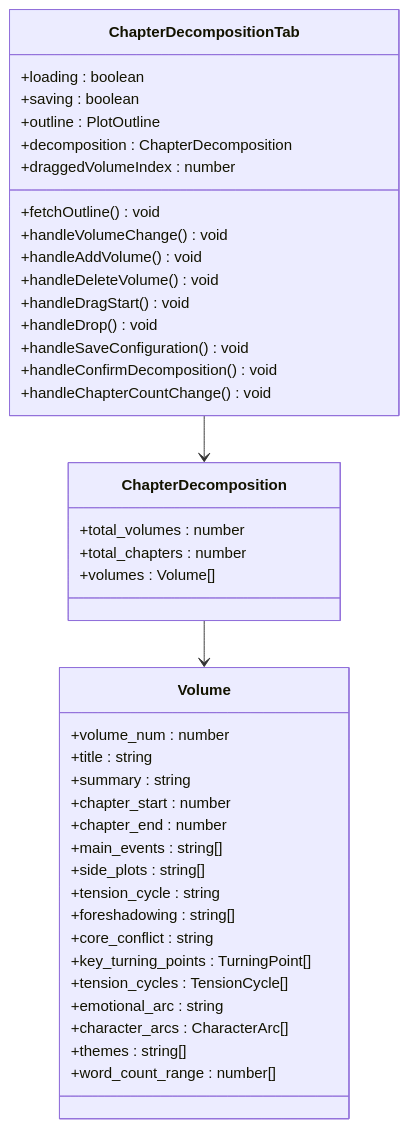
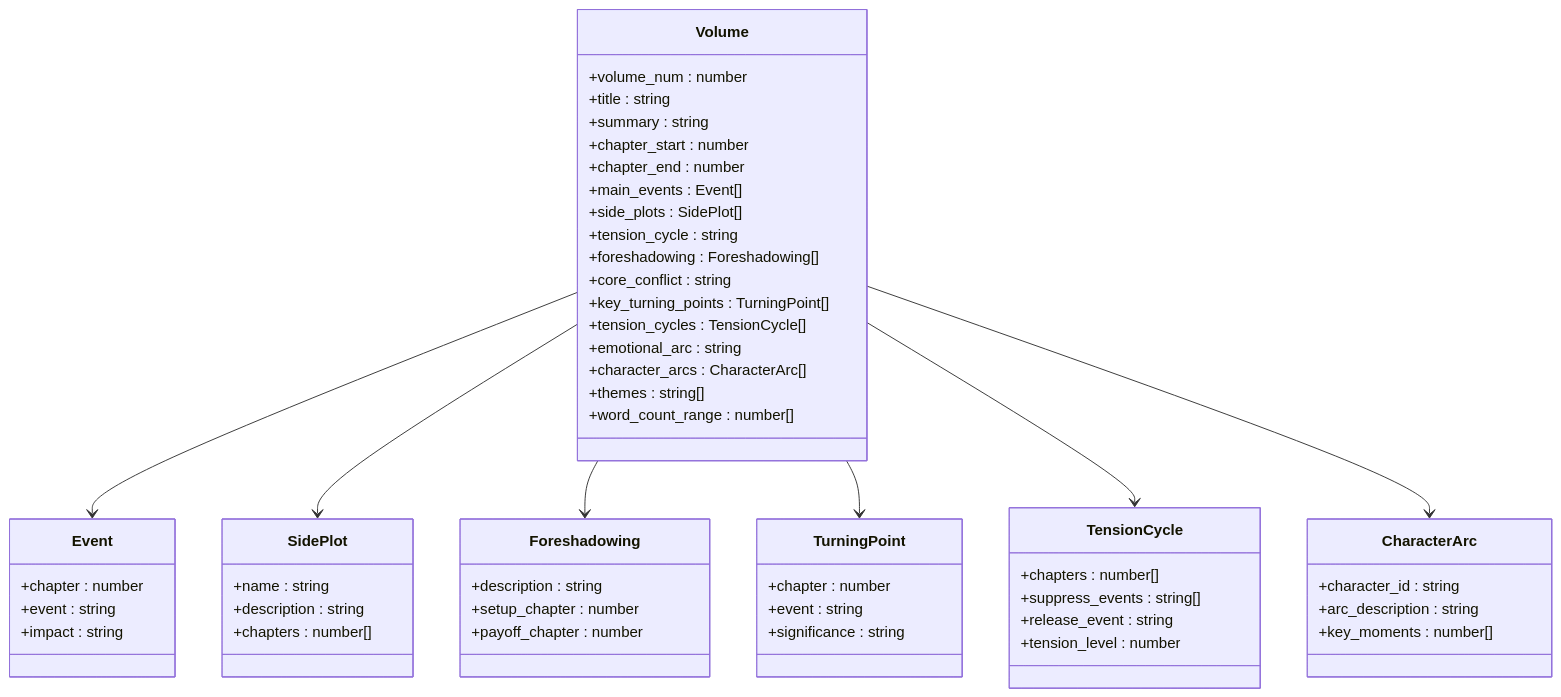
The second of 9 diagrams in .qoder/repowiki/zh/content/Chapter Decomposition Tab.md (xfbyxq/ai-novel-system), drawn with Mermaid before and after one commit. The commit also changed other lines of this file and 11 other files, not shown here.

````diff
--- a/.qoder/repowiki/zh/content/Chapter Decomposition Tab.md
+++ b/.qoder/repowiki/zh/content/Chapter Decomposition Tab.md
@@ -81,44 +88,58 @@
 ```mermaid
 classDiagram
-class ChapterDecompositionTab {
-+loading : boolean
-+saving : boolean
-+outline : PlotOutline
-+decomposition : ChapterDecomposition
-+draggedVolumeIndex : number
-+fetchOutline() void
-+handleVolumeChange() void
-+handleAddVolume() void
-+handleDeleteVolume() void
-+handleDragStart() void
-+handleDrop() void
-+handleSaveConfiguration() void
-+handleConfirmDecomposition() void
-+handleChapterCountChange() void
-}
 class Volume {
 +volume_num : number
 +title : string
 +summary : string
 +chapter_start : number
 +chapter_end : number
-+main_events : string[]
-+side_plots : string[]
++main_events : Event[]
++side_plots : SidePlot[]
 +tension_cycle : string
-+foreshadowing : string[]
++foreshadowing : Foreshadowing[]
 +core_conflict : string
 +key_turning_points : TurningPoint[]
 +tension_cycles : TensionCycle[]
 +emotional_arc : string
 +character_arcs : CharacterArc[]
 +themes : string[]
 +word_count_range : number[]
 }
-class ChapterDecomposition {
-+total_volumes : number
-+total_chapters : number
-+volumes : Volume[]
+class Event {
++chapter : number
++event : string
++impact : string
 }
-ChapterDecompositionTab --> ChapterDecomposition
-ChapterDecomposition --> Volume
+class SidePlot {
++name : string
++description : string
++chapters : number[]
+}
+class Foreshadowing {
++description : string
++setup_chapter : number
++payoff_chapter : number
+}
+class TurningPoint {
++chapter : number
++event : string
++significance : string
+}
+class TensionCycle {
++chapters : number[]
++suppress_events : string[]
++release_event : string
++tension_level : number
+}
+class CharacterArc {
++character_id : string
++arc_description : string
++key_moments : number[]
+}
+Volume --> Event
+Volume --> SidePlot
+Volume --> Foreshadowing
+Volume --> TurningPoint
+Volume --> TensionCycle
+Volume --> CharacterArc
 ```
````
